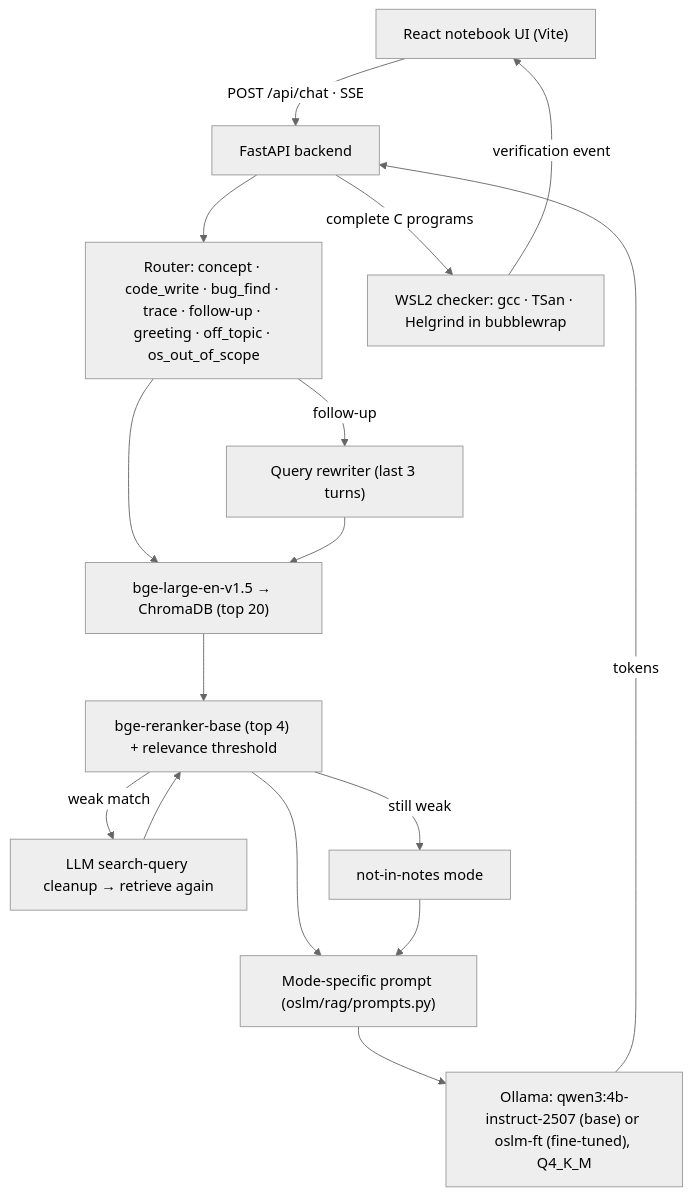
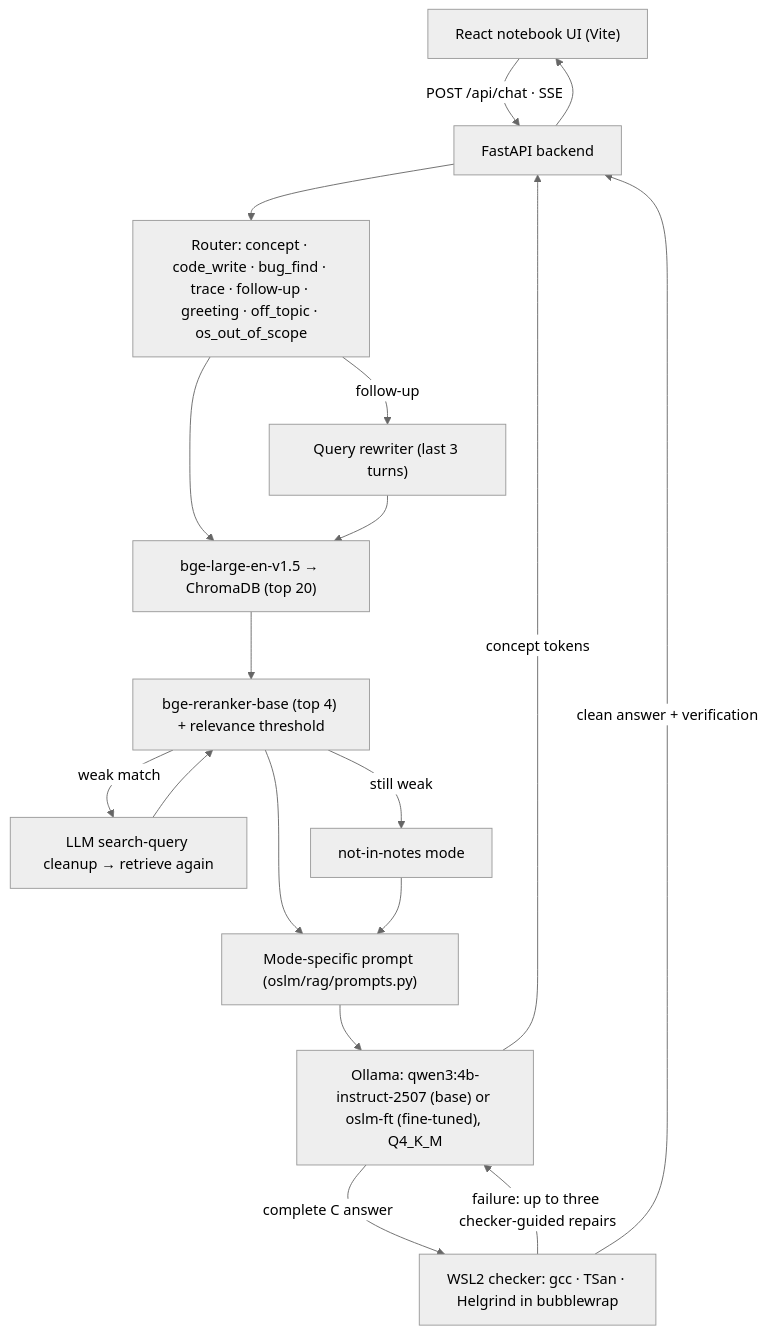
The diagram in README.md (ElixerAxiomCalculus/oslm), drawn with Mermaid (neutral theme) before and after one commit. The commit also changed other lines of this file and 33 other files, not shown here.

````diff
--- a/README.md
+++ b/README.md
@@ -18,17 +18,19 @@
 ```mermaid
 flowchart TD
     UI["React notebook UI (Vite)"] -- "POST /api/chat · SSE" --> API["FastAPI backend"]
     API --> R["Router: concept · code_write · bug_find · trace · follow-up · greeting · off_topic · os_out_of_scope"]
     R -- follow-up --> RW["Query rewriter (last 3 turns)"]
     R --> RET["bge-large-en-v1.5 → ChromaDB (top 20)"]
     RW --> RET
     RET --> RR["bge-reranker-base (top 4) + relevance threshold"]
     RR -- "weak match" --> SQ["LLM search-query cleanup → retrieve again"] --> RR
     RR -- "still weak" --> NIN["not-in-notes mode"]
     RR --> PB["Mode-specific prompt (oslm/rag/prompts.py)"]
     NIN --> PB
     PB --> OL["Ollama: qwen3:4b-instruct-2507 (base) or oslm-ft (fine-tuned), Q4_K_M"]
-    OL -- tokens --> API
-    API -- "complete C programs" --> CK["WSL2 checker: gcc · TSan · Helgrind in bubblewrap"]
-    CK -- "verification event" --> UI
+    OL -- "concept tokens" --> API
+    OL -- "complete C answer" --> CK["WSL2 checker: gcc · TSan · Helgrind in bubblewrap"]
+    CK -- "failure: up to three checker-guided repairs" --> OL
+    CK -- "clean answer + verification" --> API
+    API --> UI
 ```
````
